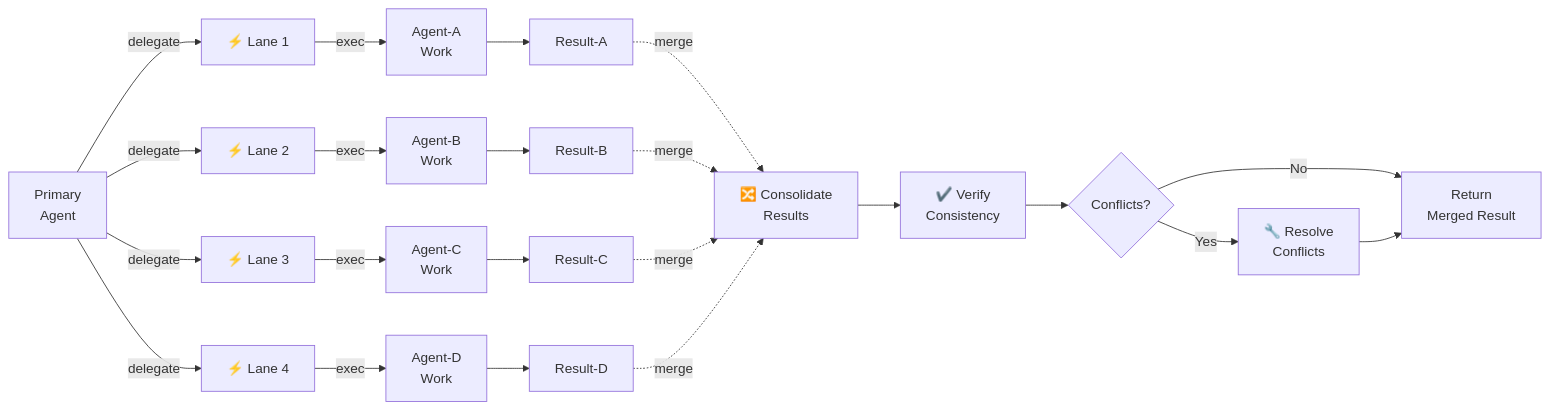
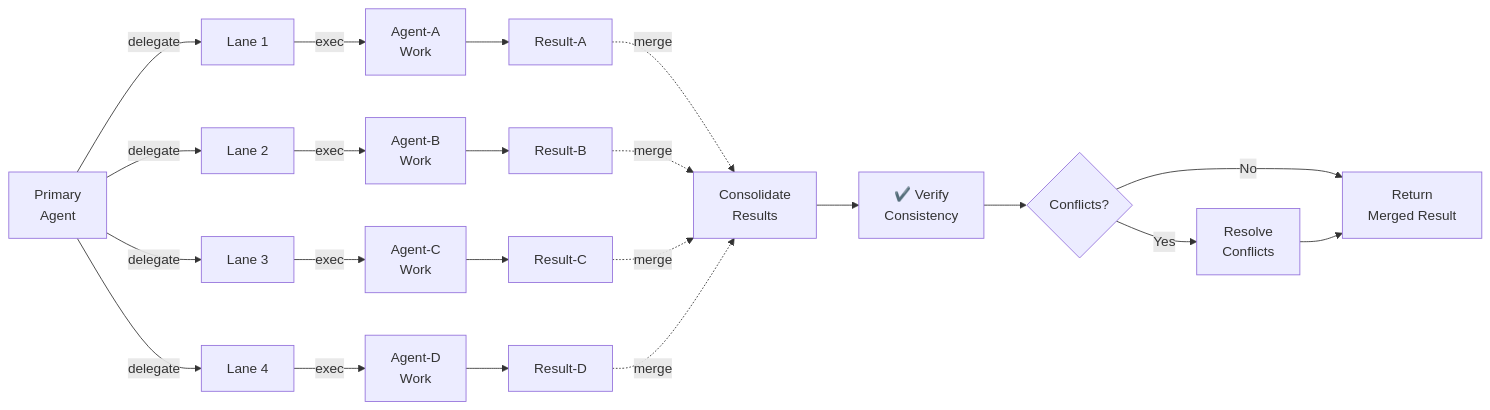
Before and after one commit to Aries-Serpent/_codex_: the seventh of 10 diagrams in docs/agent/CUSTOM_AGENT_COORDINATION_WORKFLOWS.md, drawn with Mermaid. The commit also changed other lines of this file and 1989 other files, not shown here.

````diff
--- a/docs/agent/CUSTOM_AGENT_COORDINATION_WORKFLOWS.md
+++ b/docs/agent/CUSTOM_AGENT_COORDINATION_WORKFLOWS.md
@@ -323,31 +323,31 @@
 ```mermaid
 graph LR
-    A[" Primary<br/>Agent"] -->|delegate| B["⚡ Lane 1"]
-    A -->|delegate| C["⚡ Lane 2"]
-    A -->|delegate| D["⚡ Lane 3"]
-    A -->|delegate| E["⚡ Lane 4"]
+    A[" Primary<br/>Agent"] -->|delegate| B[" Lane 1"]
+    A -->|delegate| C[" Lane 2"]
+    A -->|delegate| D[" Lane 3"]
+    A -->|delegate| E[" Lane 4"]
 
     B -->|exec| B1["Agent-A<br/>Work"]
     C -->|exec| C1["Agent-B<br/>Work"]
     D -->|exec| D1["Agent-C<br/>Work"]
     E -->|exec| E1["Agent-D<br/>Work"]
 
     B1 --> B2[" Result-A"]
     C1 --> C2[" Result-B"]
     D1 --> D2[" Result-C"]
     E1 --> E2[" Result-D"]
 
-    B2 -.->|merge| F["🔀 Consolidate<br/>Results"]
+    B2 -.->|merge| F[" Consolidate<br/>Results"]
     C2 -.->|merge| F
     D2 -.->|merge| F
     E2 -.->|merge| F
 
     F --> G["✔️ Verify<br/>Consistency"]
 
     G --> H{Conflicts?}
 
     H -->|No| I[" Return<br/>Merged Result"]
-    H -->|Yes| J["🔧 Resolve<br/>Conflicts"]
+    H -->|Yes| J[" Resolve<br/>Conflicts"]
 
     J --> I
 ```
````
